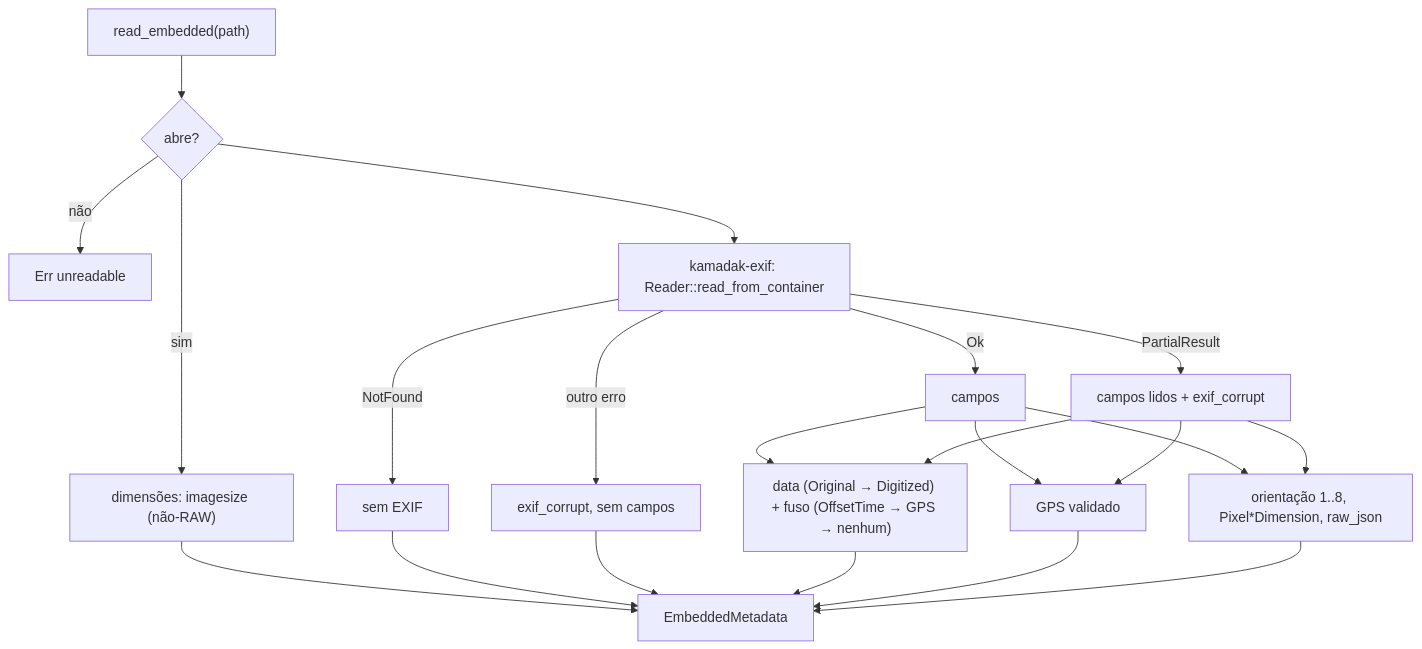
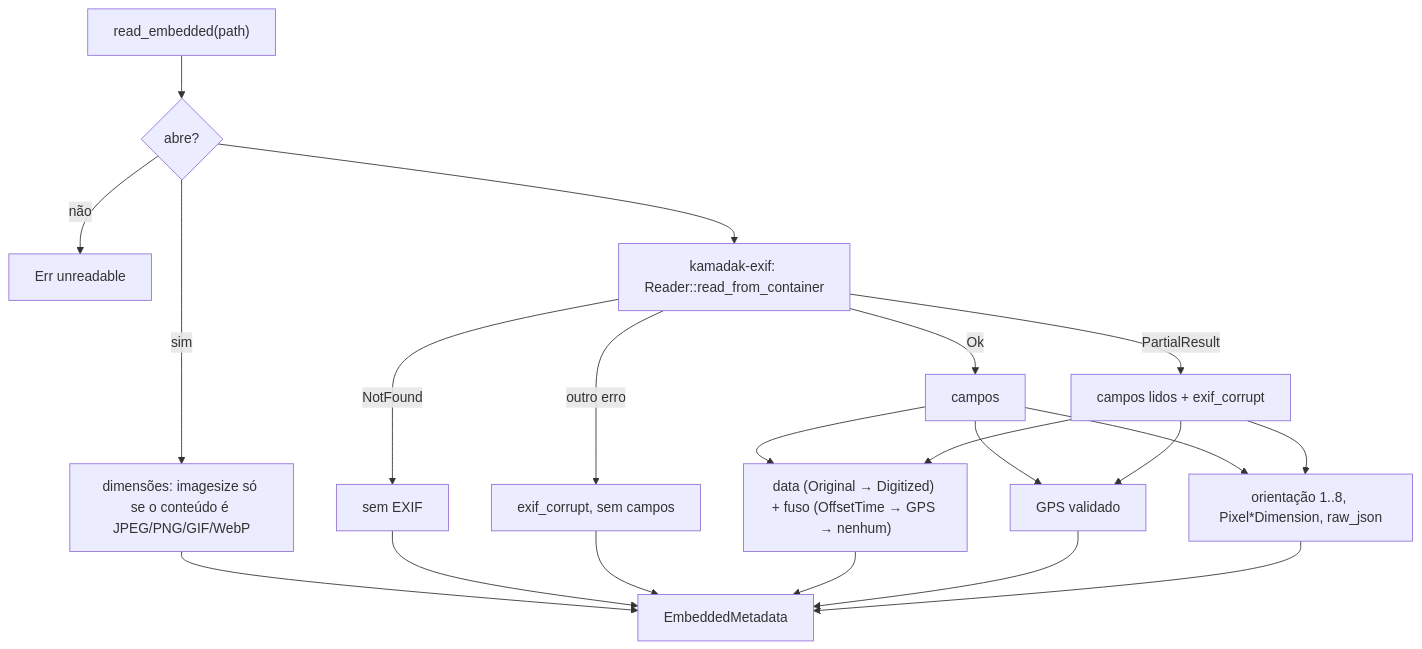
One commit to Ruan-Diego/my-photos changed the diagram in .specs/features/f07-exif-parser/design.md. Above: the diagram before and after it, drawn with Mermaid. The commit also changed other lines of this file and 5 other files, not shown here.

````diff
--- a/.specs/features/f07-exif-parser/design.md
+++ b/.specs/features/f07-exif-parser/design.md
@@ -12,15 +12,15 @@
 ```mermaid
 flowchart TD
     A["read_embedded(path)"] --> O{abre?}
     O -->|não| U[Err unreadable]
-    O -->|sim| D["dimensões: imagesize (não-RAW)"]
+    O -->|sim| D["dimensões: imagesize só se o conteúdo é JPEG/PNG/GIF/WebP"]
     O --> X["kamadak-exif: Reader::read_from_container"]
     X -->|NotFound| N[sem EXIF]
     X -->|PartialResult| P[campos lidos + exif_corrupt]
     X -->|outro erro| C[exif_corrupt, sem campos]
     X -->|Ok| F[campos]
     F & P --> T["data (Original → Digitized) + fuso (OffsetTime → GPS → nenhum)"]
     F & P --> G[GPS validado]
     F & P --> R["orientação 1..8, Pixel*Dimension, raw_json"]
     D & N & C & T & G & R --> M[EmbeddedMetadata]
 ```
````
